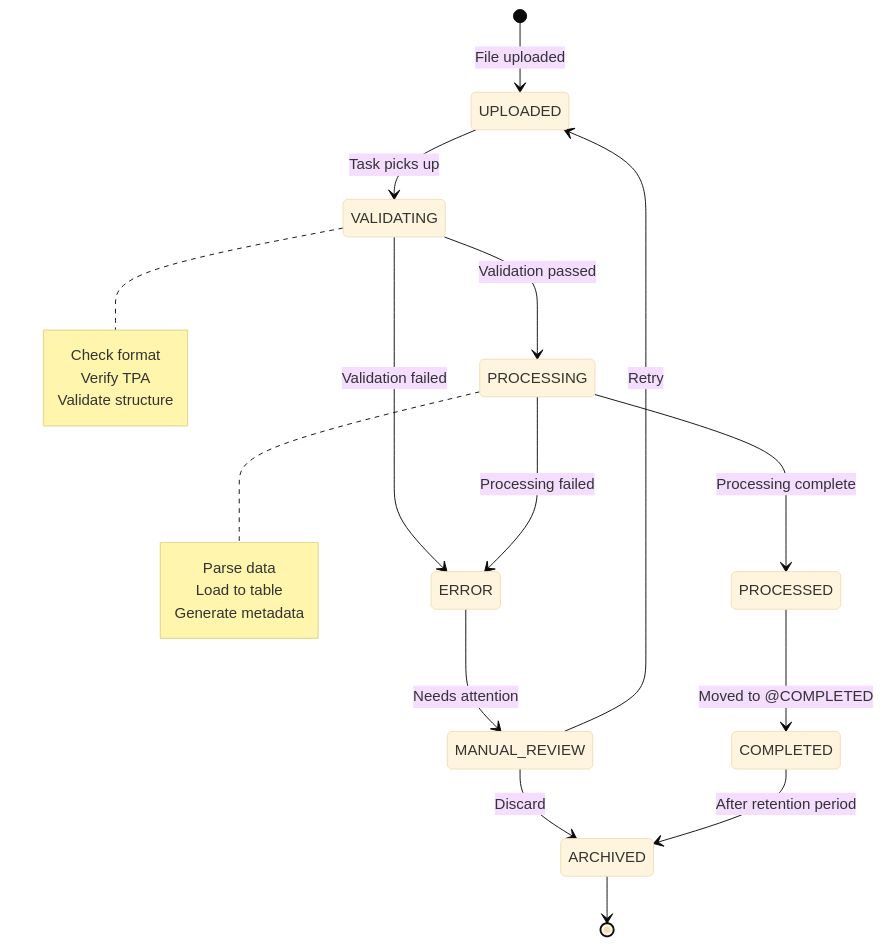
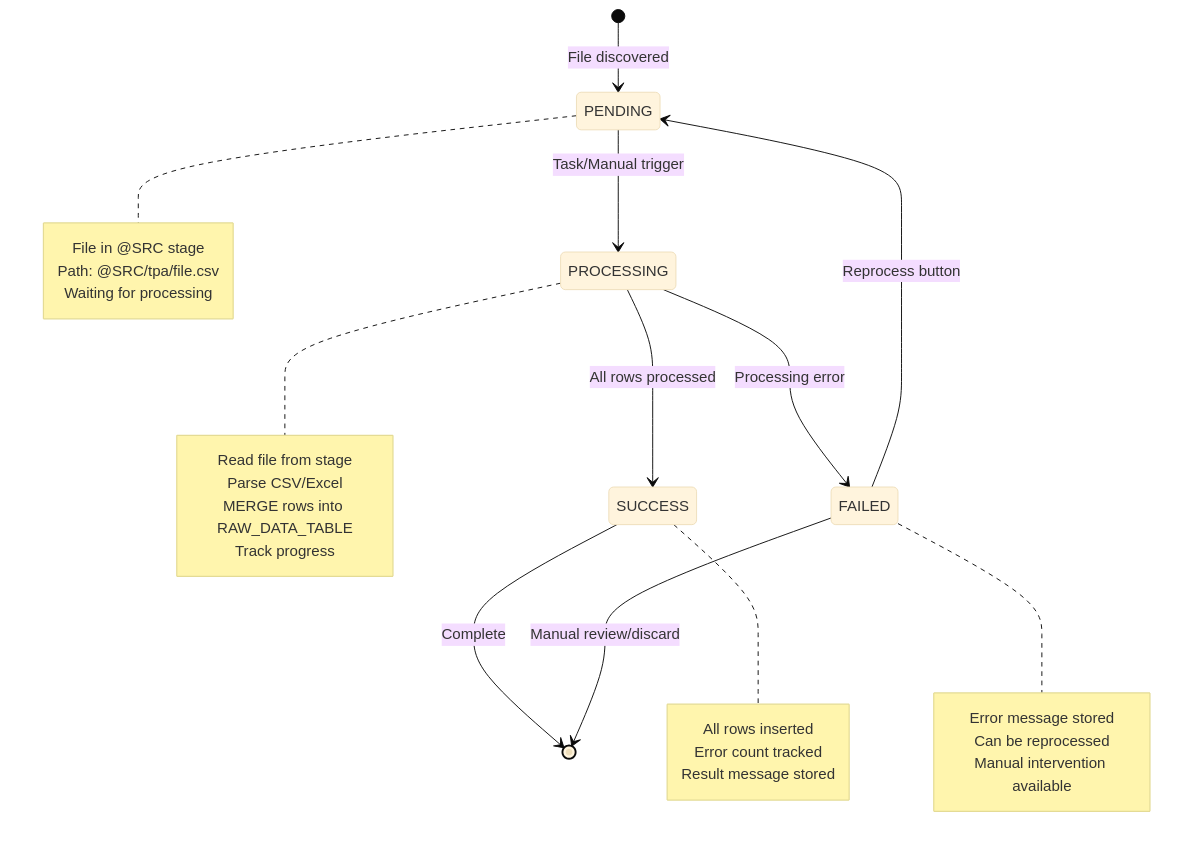
The third of 18 diagrams in docs/DATA_FLOW_DIAGRAMS.md (Boon67/bordereau_processing), drawn with Mermaid (base theme) before and after one commit. The commit also changed other lines of this file and 90 other files, not shown here.

````diff
--- a/docs/DATA_FLOW_DIAGRAMS.md
+++ b/docs/DATA_FLOW_DIAGRAMS.md
@@ -125,27 +136,35 @@
 ```mermaid
 stateDiagram-v2
-    [*] --> UPLOADED: File uploaded
-    UPLOADED --> VALIDATING: Task picks up
-    VALIDATING --> PROCESSING: Validation passed
-    VALIDATING --> ERROR: Validation failed
-    PROCESSING --> PROCESSED: Processing complete
-    PROCESSING --> ERROR: Processing failed
-    PROCESSED --> COMPLETED: Moved to @COMPLETED
-    ERROR --> MANUAL_REVIEW: Needs attention
-    MANUAL_REVIEW --> UPLOADED: Retry
-    MANUAL_REVIEW --> ARCHIVED: Discard
-    COMPLETED --> ARCHIVED: After retention period
-    ARCHIVED --> [*]
+    [*] --> PENDING: File discovered
+    PENDING --> PROCESSING: Task/Manual trigger
+    PROCESSING --> SUCCESS: All rows processed
+    PROCESSING --> FAILED: Processing error
+    SUCCESS --> [*]: Complete
+    FAILED --> PENDING: Reprocess button
+    FAILED --> [*]: Manual review/discard
     
-    note right of VALIDATING
-        Check format
-        Verify TPA
-        Validate structure
+    note right of PENDING
+        File in @SRC stage
+        Path: @SRC/tpa/file.csv
+        Waiting for processing
     end note
     
     note right of PROCESSING
-        Parse data
-        Load to table
-        Generate metadata
+        Read file from stage
+        Parse CSV/Excel
+        MERGE rows into RAW_DATA_TABLE
+        Track progress
+    end note
+    
+    note right of SUCCESS
+        All rows inserted
+        Error count tracked
+        Result message stored
+    end note
+    
+    note right of FAILED
+        Error message stored
+        Can be reprocessed
+        Manual intervention available
     end note
 ```
````
